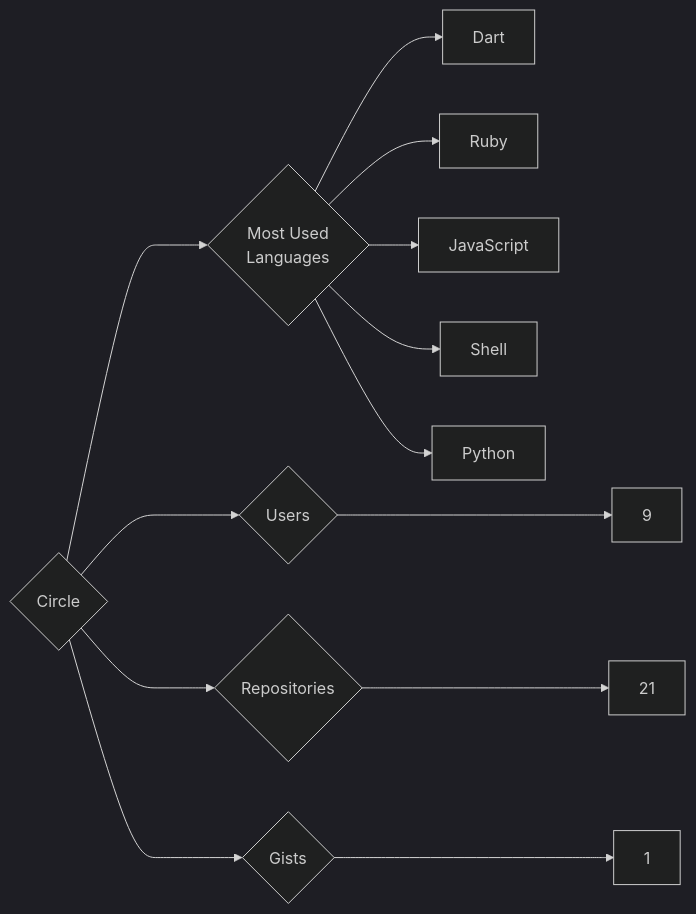
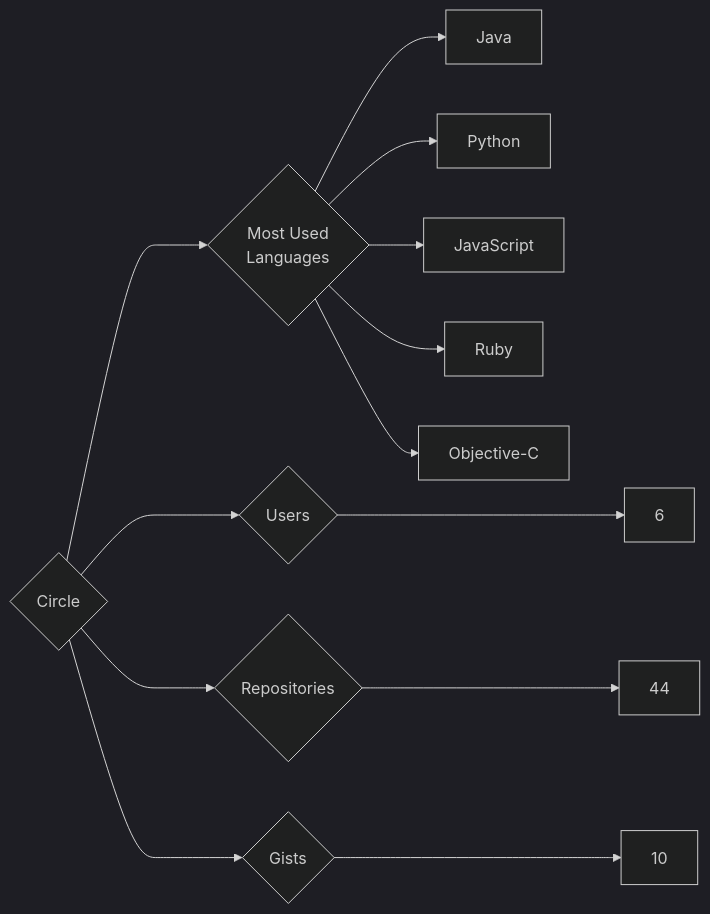
One commit to trickest/insiders changed the diagram in targets/Circle/README.md. Above: the diagram before and after it, drawn with Mermaid (dark theme). The commit also changed 776 other files, not shown here.

````diff
--- a/targets/Circle/README.md
+++ b/targets/Circle/README.md
@@ -3,13 +3,13 @@
 ```mermaid
 graph LR
 COMPANY_NAME{Circle}
-COMPANY_NAME ---> U{Users} ---> UN[9]
-COMPANY_NAME ---> R{Repositories} ---> RN[21]
-COMPANY_NAME ---> G{Gists} ---> GN[1]
+COMPANY_NAME ---> U{Users} ---> UN[6]
+COMPANY_NAME ---> R{Repositories} ---> RN[44]
+COMPANY_NAME ---> G{Gists} ---> GN[10]
 COMPANY_NAME ---> ML{Most Used<br>Languages}
-ML --> Dart[Dart]
+ML --> Java[Java]
+ML --> Python[Python]
+ML --> JavaScript[JavaScript]
 ML --> Ruby[Ruby]
-ML --> JavaScript[JavaScript]
-ML --> Shell[Shell]
-ML --> Python[Python]
+ML --> Objective-C[Objective-C]
 ```
````
